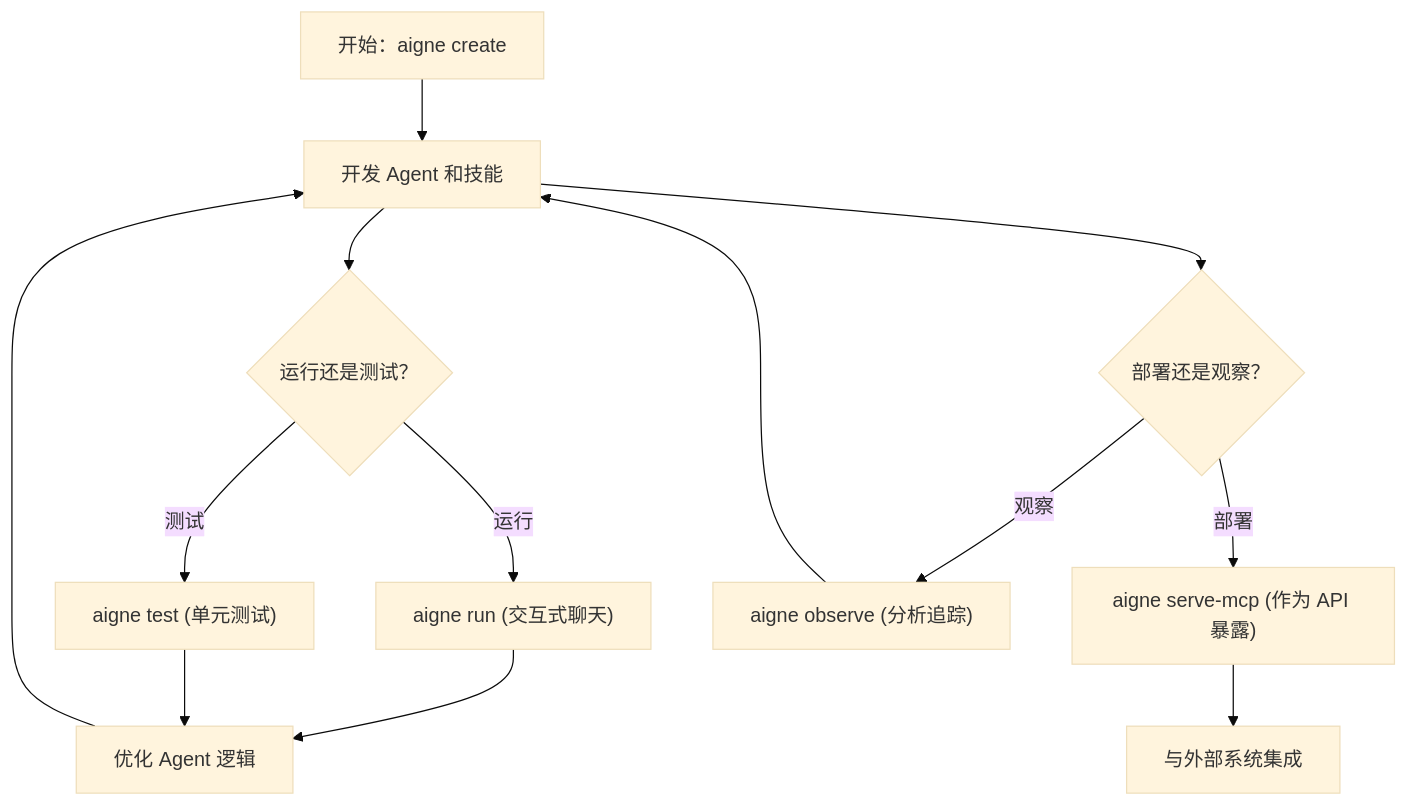
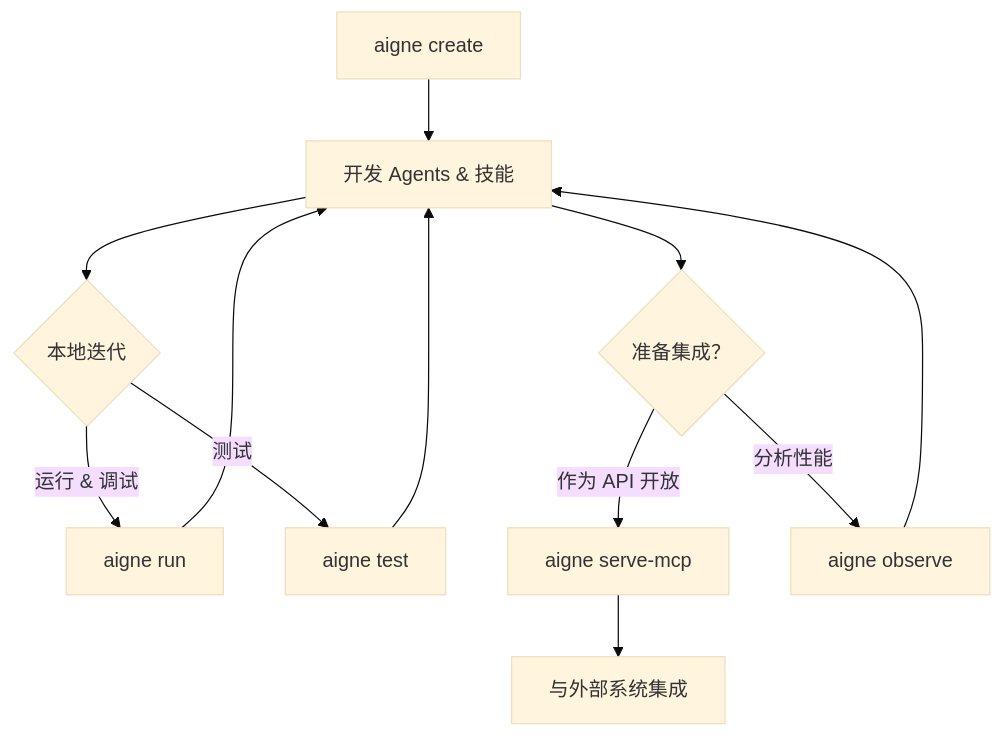
One commit to AIGNE-io/aigne-framework changed the diagram in packages/cli/docs/overview.zh.md. Above: the diagram before and after it, drawn with Mermaid (base theme). The commit also changed other lines of this file and 39 other files, not shown here.

````diff
--- a/packages/cli/docs/overview.zh.md
+++ b/packages/cli/docs/overview.zh.md
@@ -21,15 +21,14 @@
 ```mermaid
 flowchart TD
-    A["开始：aigne create"] --> B["开发 Agent 和技能"];
-    B --> C{"运行还是测试？"};
-    C -- "运行" --> D["aigne run (交互式聊天)"];
-    C -- "测试" --> E["aigne test (单元测试)"];
-    D --> F["优化 Agent 逻辑"];
-    E --> F;
-    F --> B;
-    B --> G{"部署还是观察？"};
-    G -- "部署" --> H["aigne serve-mcp (作为 API 暴露)"];
-    G -- "观察" --> I["aigne observe (分析追踪)"];
-    H --> J["与外部系统集成"];
-    I --> B;
+    A["aigne create"] --> B["开发 Agents & 技能"];
+    B --> C{"本地迭代"};
+    C -- "运行 & 调试" --> D["aigne run"];
+    C -- "测试" --> E["aigne test"];
+    D --> B;
+    E --> B;
+    B --> F{"准备集成？"};
+    F -- "作为 API 开放" --> G["aigne serve-mcp"];
+    F -- "分析性能" --> H["aigne observe"];
+    G --> I["与外部系统集成"];
+    H --> B;
 ```
````
